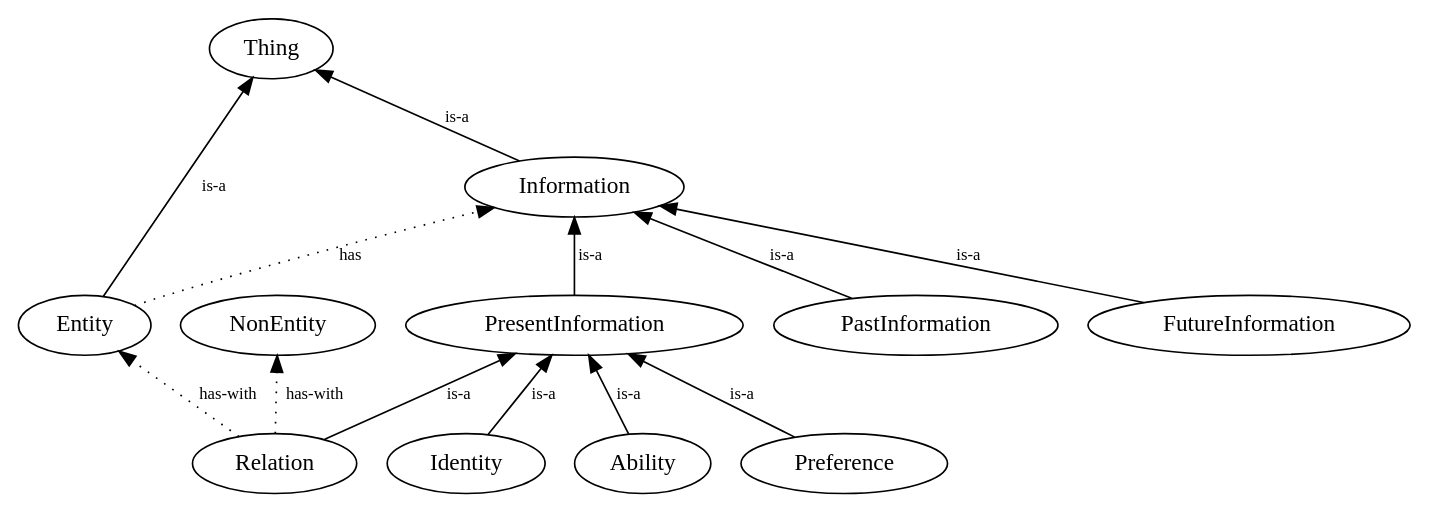
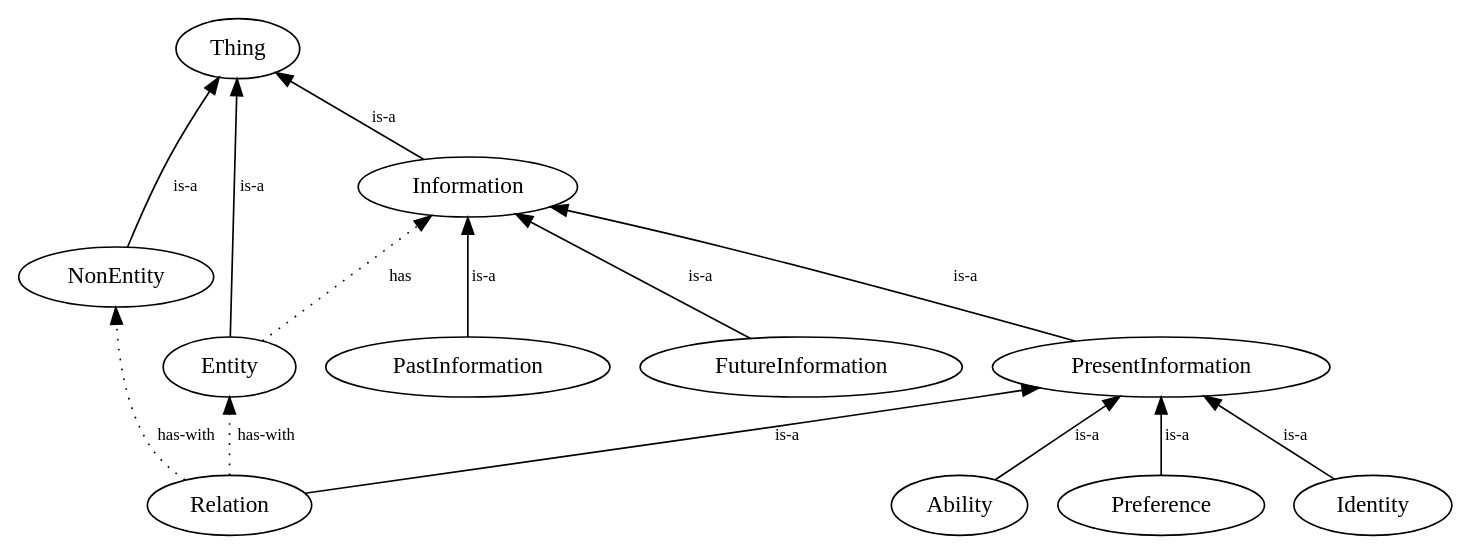
Before and after one commit to andrenho/andrenho: the diagram in academia/dissertacao/textos/graficos/ont_perfil.dot, drawn with Graphviz. The commit also changed 7 other files, not shown here.

```diff
--- a/academia/dissertacao/textos/graficos/ont_perfil.dot
+++ b/academia/dissertacao/textos/graficos/ont_perfil.dot
@@ -1,22 +1,23 @@
 digraph perfil {
 
   Information -> Thing [label="is-a",fontsize=10];
   Entity -> Thing [label="is-a",fontsize=10];
+  NonEntity -> Thing [label="is-a",fontsize=10];
 
   PastInformation -> Information [label="is-a",fontsize=10];
   PresentInformation -> Information [label="is-a",fontsize=10];
   FutureInformation -> Information [label="is-a",fontsize=10];
 
   Identity -> PresentInformation [label="is-a",fontsize=10];
   Ability -> PresentInformation [label="is-a",fontsize=10];
   Preference -> PresentInformation [label="is-a",fontsize=10];
   Relation -> PresentInformation [label="is-a",fontsize=10];
 
   Relation -> Entity [style=dotted, label="has-with", fontsize=10];
   Relation -> NonEntity [style=dotted, label="has-with", fontsize=10];
 
   Entity -> Information [style=dotted, label="has", fontsize=10];
 
   rankdir=BT;
   labelfontsize=10;
 }
```
